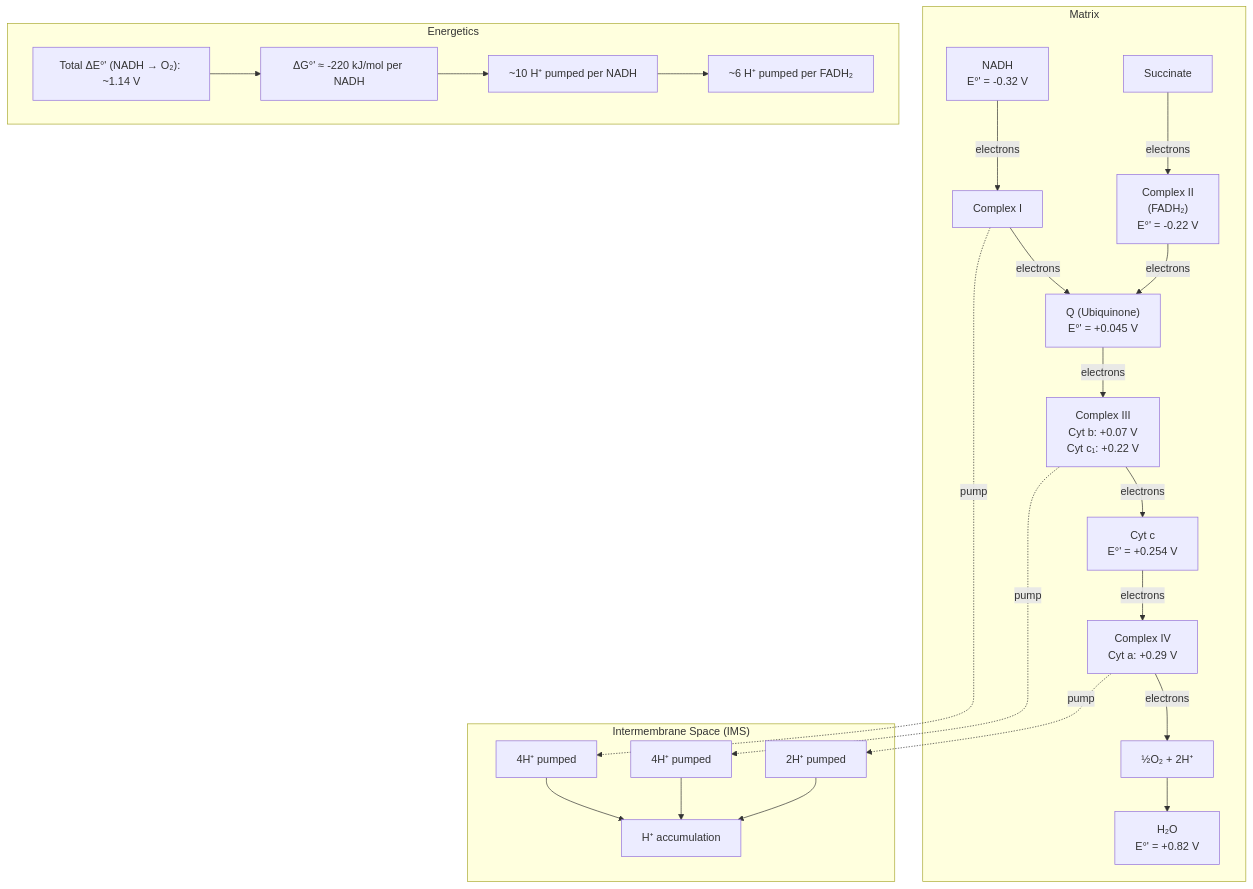
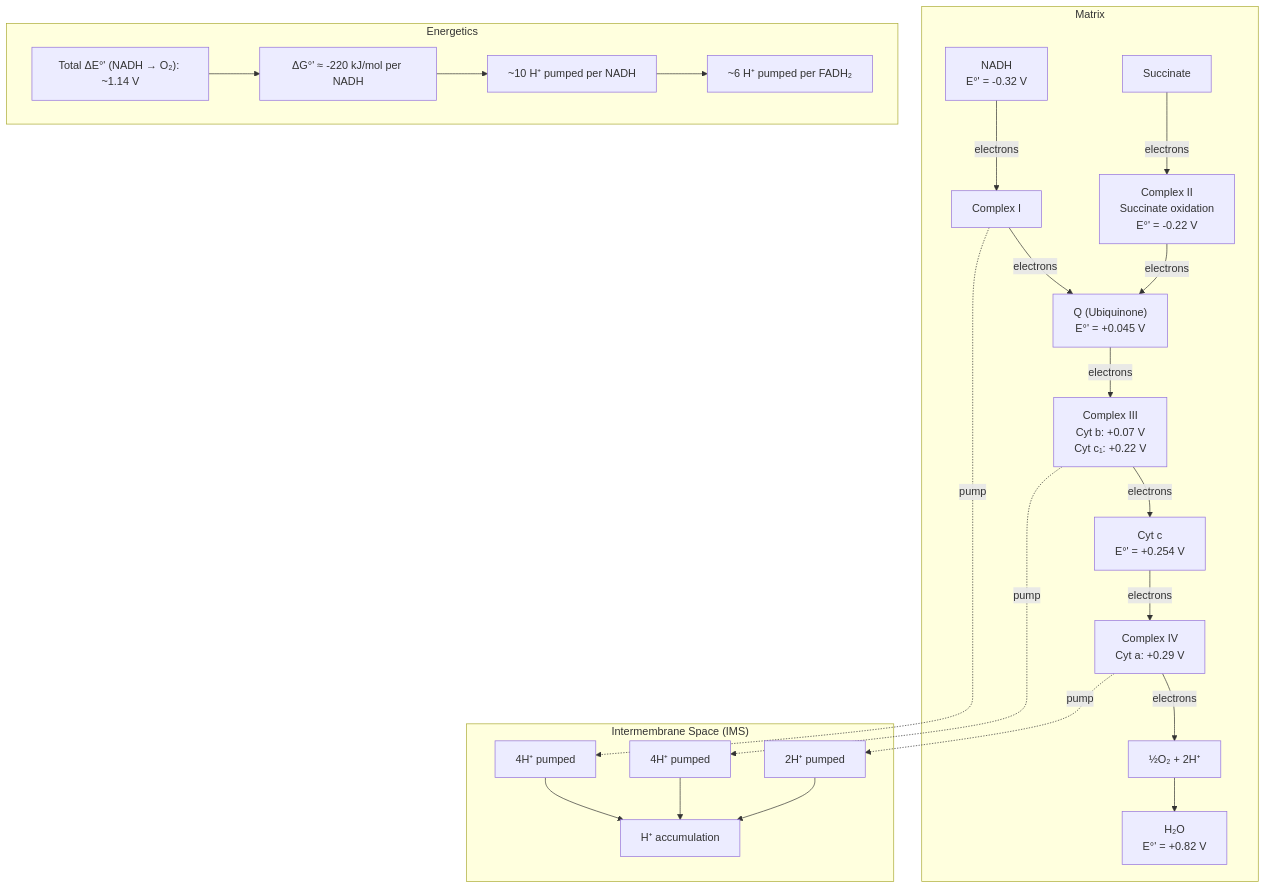
Before and after one commit to blebleblee/synapse: the second of 3 diagrams in topics/natural_sciences/biology/cellular_biology/lesson_03_energy_metabolism_pathways.md, drawn with Mermaid. The commit also changed other lines of this file and 169 other files, not shown here.

````diff
--- a/topics/natural_sciences/biology/cellular_biology/lesson_03_energy_metabolism_pathways.md
+++ b/topics/natural_sciences/biology/cellular_biology/lesson_03_energy_metabolism_pathways.md
@@ -194,51 +194,51 @@
 ```mermaid
 flowchart TD
     subgraph Matrix["Matrix"]
         NADH["NADH<br/>E°' = -0.32 V"]
         Succinate["Succinate"]
         C1["Complex I"]
-        C2["Complex II<br/>(FADH₂)<br/>E°' = -0.22 V"]
+        C2["Complex II<br/>Succinate oxidation<br/>E°' = -0.22 V"]
         Q["Q (Ubiquinone)<br/>E°' = +0.045 V"]
         C3["Complex III<br/>Cyt b: +0.07 V<br/>Cyt c₁: +0.22 V"]
         CytC["Cyt c<br/>E°' = +0.254 V"]
         C4["Complex IV<br/>Cyt a: +0.29 V"]
         O2["½O₂ + 2H⁺"]
         H2O["H₂O<br/>E°' = +0.82 V"]
     end
     
     subgraph IMS["Intermembrane Space (IMS)"]
         HP1["4H⁺ pumped"]
         HP2["4H⁺ pumped"]
         HP3["2H⁺ pumped"]
         Accum["H⁺ accumulation"]
     end
     
     NADH -->|electrons| C1
     C1 -->|electrons| Q
     Succinate -->|electrons| C2
     C2 -->|electrons| Q
     Q -->|electrons| C3
     C3 -->|electrons| CytC
     CytC -->|electrons| C4
     C4 -->|electrons| O2
     O2 --> H2O
     
     C1 -.->|pump| HP1
     C3 -.->|pump| HP2
     C4 -.->|pump| HP3
     
     HP1 --> Accum
     HP2 --> Accum
     HP3 --> Accum
     
     subgraph Energetics["Energetics"]
         DeltaE["Total ΔE°' (NADH → O₂): ~1.14 V"]
         DeltaG["ΔG°' ≈ -220 kJ/mol per NADH"]
         StoichN["~10 H⁺ pumped per NADH"]
         StoichF["~6 H⁺ pumped per FADH₂"]
     end
     
     DeltaE --> DeltaG
     DeltaG --> StoichN
     StoichN --> StoichF
 ```
````
